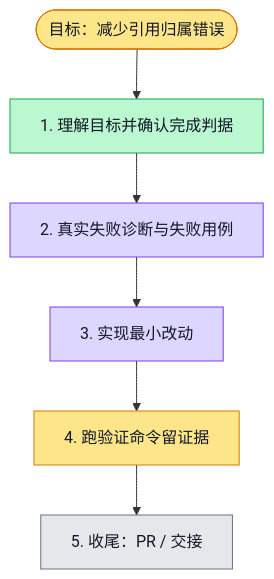
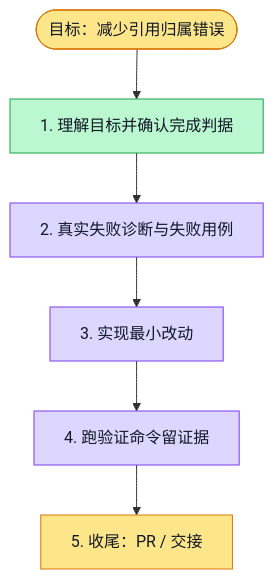
Before and after one commit to boardx/workspacex: the diagram in docs/verification/research-5133/execution-plan.md, drawn with Mermaid. The commit also changed 3 other files, not shown here.

````diff
--- a/docs/verification/research-5133/execution-plan.md
+++ b/docs/verification/research-5133/execution-plan.md
@@ -17,26 +17,27 @@
 ```mermaid
 flowchart TD
   G([目标：减少引用归属错误])
   S1[1. 理解目标并确认完成判据]
   S2[2. 真实失败诊断与失败用例]
   S3[3. 实现最小改动]
   S4[4. 跑验证命令留证据]
   S5[5. 收尾：PR / 交接]
 
   G --> S1 --> S2 --> S3 --> S4 --> S5
 
   classDef todo fill:#e5e7eb,stroke:#6b7280,color:#111827
   classDef doing fill:#fde68a,stroke:#d97706,color:#111827
   classDef done fill:#bbf7d0,stroke:#16a34a,color:#111827
   classDef tested fill:#ddd6fe,stroke:#7c3aed,color:#111827
   classDef blocked fill:#fecaca,stroke:#dc2626,color:#111827
 
   class G doing
   class S1 done
   class S2 tested
   %% evidence S2: /private/tmp/research-5133-red.log: 2 expected failures; /private/tmp/research-5133-regression.log: 106 PASS
   class S3 tested
   %% evidence S3: research-suite-summary.log: 34 files 423 PASS; typecheck.log: exit 0; real-model-result.json: 22 matches 2 calls
-  class S4 doing
-  class S5 todo
+  class S4 tested
+  %% evidence S4: review.md: ACCEPT fa80bd496; browser regression pending S5; 423 tests and real evidence extraction passed
+  class S5 doing
 ```
````
